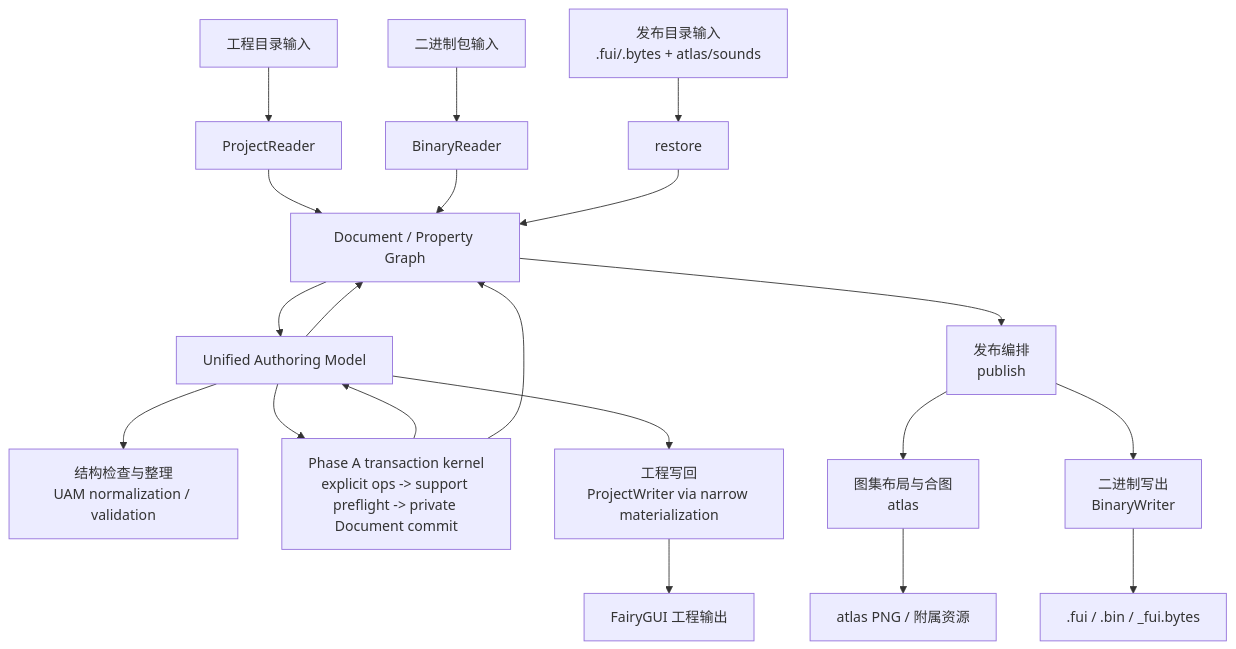
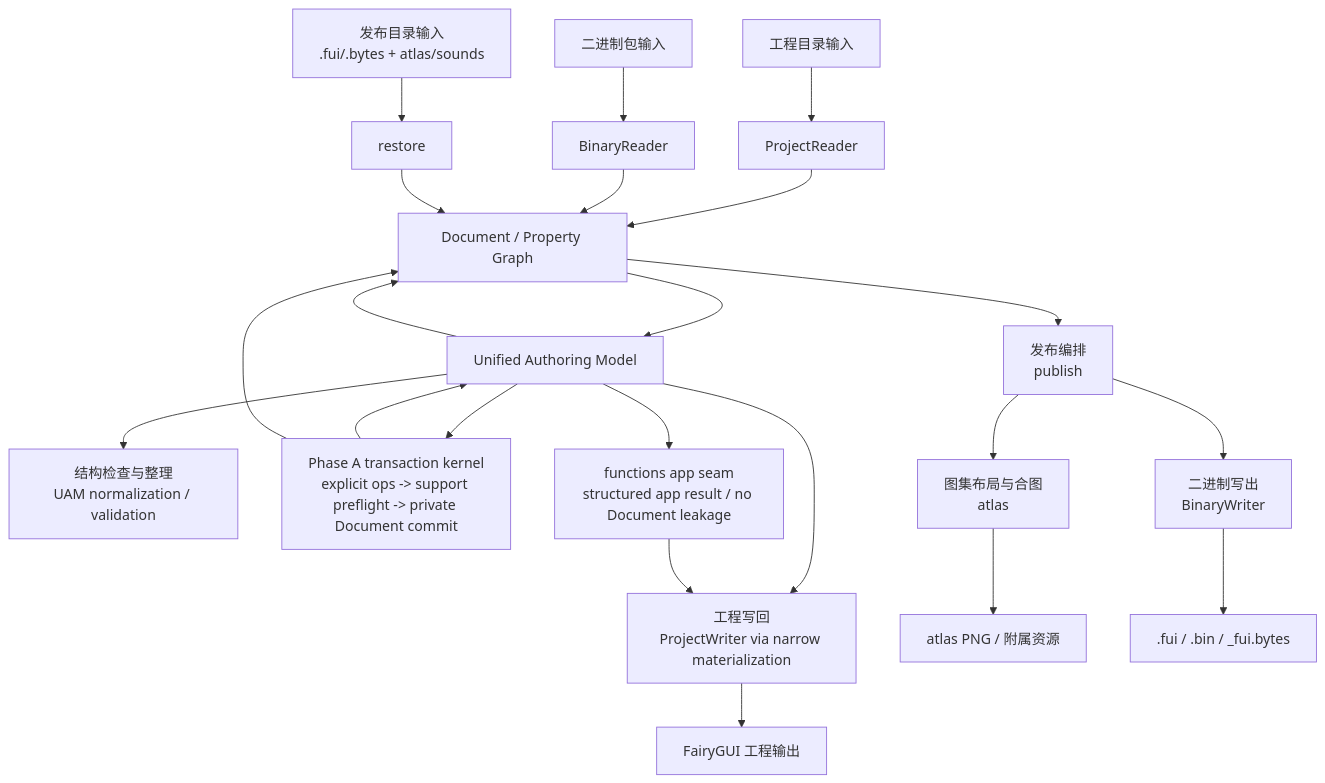
The second of 2 diagrams in docs/architecture-overview.md (OpenFairyGUI/OpenFairyGUI), drawn with Mermaid before and after one commit. The commit also changed other lines of this file and 8 other files, not shown here.

````diff
--- a/docs/architecture-overview.md
+++ b/docs/architecture-overview.md
@@ -203,22 +207,24 @@
 ```mermaid
 flowchart TD
     A["工程目录输入"] --> B["ProjectReader"]
     X["二进制包输入"] --> Y["BinaryReader"]
     R["发布目录输入<br/>.fui/.bytes + atlas/sounds"] --> S["restore"]
     B --> C["Document / Property Graph"]
     Y --> C
     S --> C
     C --> U["Unified Authoring Model"]
     U --> D["结构检查与整理<br/>UAM normalization / validation"]
     U --> T["Phase A transaction kernel<br/>explicit ops -> support preflight -> private Document commit"]
+    U --> A2["functions app seam<br/>structured app result / no Document leakage"]
     T --> U
     T --> C
     U --> F["工程写回<br/>ProjectWriter via narrow materialization"]
+    A2 --> F
     U --> C
     C --> E["发布编排<br/>publish"]
     E --> G["图集布局与合图<br/>atlas"]
     E --> H["二进制写出<br/>BinaryWriter"]
     F --> I["FairyGUI 工程输出"]
     G --> J["atlas PNG / 附属资源"]
     H --> K[".fui / .bin / _fui.bytes"]
 ```
````
